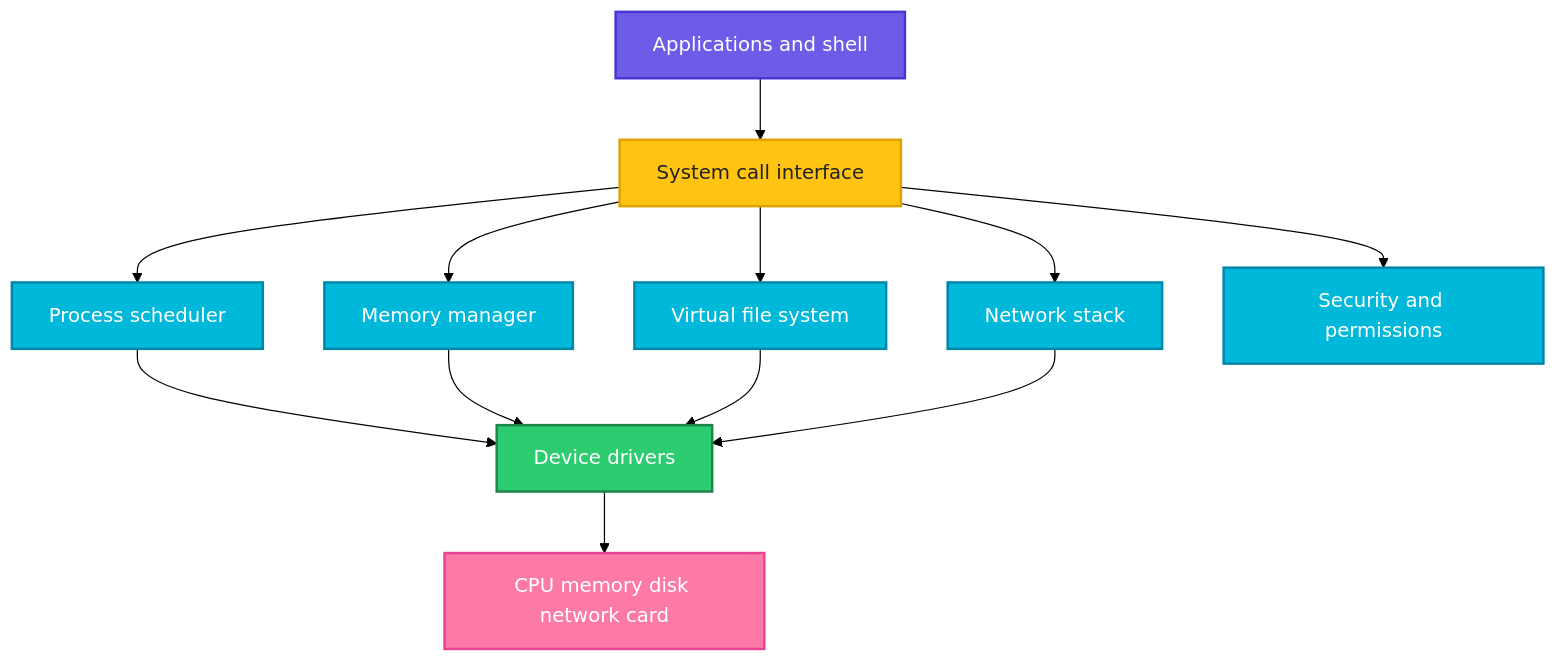
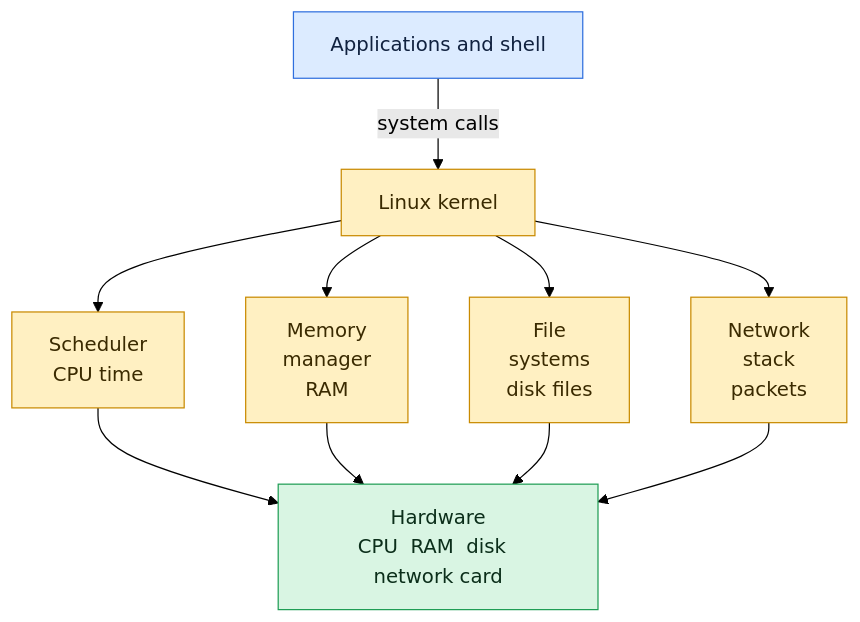
Before and after one commit to codeKerdosTech/DevOps-Documentation: the diagram in linux/os-internals/01-kernel-and-responsibilities.md, drawn with Mermaid (forest theme). The commit also changed other lines of this file and 165 other files, not shown here.

Commit message:
updated diagrams in linux

````diff
--- a/linux/os-internals/01-kernel-and-responsibilities.md
+++ b/linux/os-internals/01-kernel-and-responsibilities.md
@@ -16,24 +16,20 @@
 ```mermaid
 flowchart TD
-    A[Applications and shell] --> B[System call interface]
-    B --> C[Process scheduler]
-    B --> D[Memory manager]
-    B --> E[Virtual file system]
-    B --> F[Network stack]
-    B --> G[Security and permissions]
-    C --> H[Device drivers]
-    D --> H
-    E --> H
-    F --> H
-    H --> I[CPU memory disk network card]
-    classDef start fill:#6C5CE7,stroke:#4834D4,stroke-width:2px,color:#fff
-    classDef proc fill:#00B8D9,stroke:#0087A8,stroke-width:2px,color:#fff
-    classDef dec fill:#FFC312,stroke:#E1A100,stroke-width:2px,color:#222
-    classDef ok fill:#2ECC71,stroke:#1E8449,stroke-width:2px,color:#fff
-    classDef out fill:#FD79A8,stroke:#E84393,stroke-width:2px,color:#fff
-    class A start
-    class B dec
-    class C,D,E,F,G proc
-    class H ok
-    class I out
+    i1[Applications and shell] -->|system calls| c0[Linux kernel]
+    c0 --> c1[Scheduler<br/>CPU time]
+    c0 --> c2[Memory<br/>manager<br/>RAM]
+    c0 --> c3[File<br/>systems<br/>disk files]
+    c0 --> c4[Network<br/>stack<br/>packets]
+    c1 --> o1[Hardware<br/>CPU  RAM  disk  network card]
+    c2 --> o1
+    c3 --> o1
+    c4 --> o1
+    classDef inp fill:#DCEBFF,stroke:#2F6FDE,color:#10213F
+    classDef cmd fill:#FFF0C2,stroke:#C98A00,color:#3A2A00
+    classDef out fill:#D9F5E3,stroke:#1F9D55,color:#0B2E1A
+    classDef bad fill:#FDE0E0,stroke:#D13B3B,color:#4A0F0F
+    classDef note fill:#ECEFF3,stroke:#7B8794,color:#1F2933
+    class i1 inp
+    class c0,c1,c2,c3,c4 cmd
+    class o1 out
 ```
````
